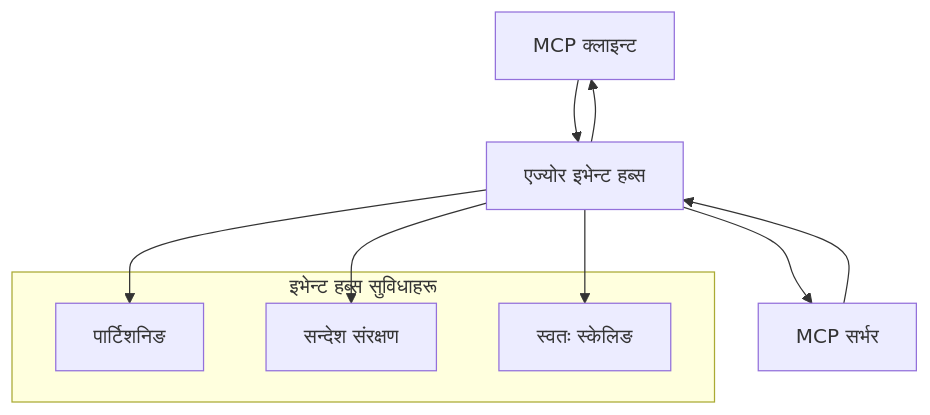
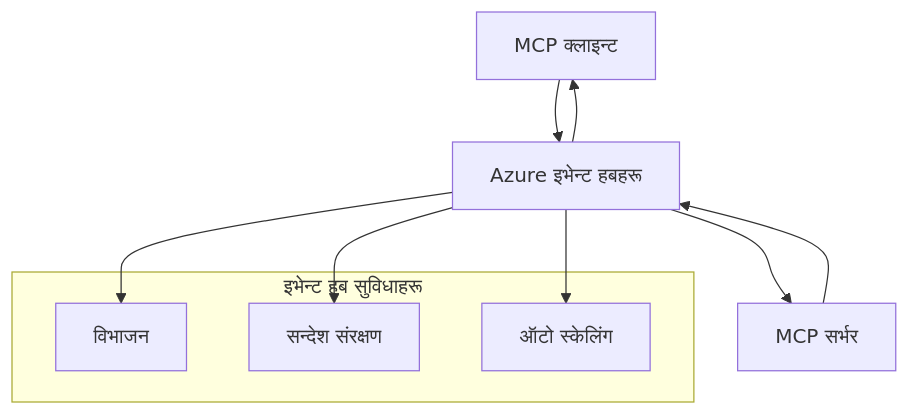
Before and after one commit to HIDORAKAI002/ai-workspace-archive: the second of 2 diagrams in mcp_ecosystem__model_context_protocol/mcp_learning_resources/mcp-for-beginners/translations/ne/05-AdvancedTopics/mcp-transport/README.md, drawn with Mermaid. The commit also changed other lines of this file and 1046 other files, not shown here.

````diff
--- a/mcp_ecosystem__model_context_protocol/mcp_learning_resources/mcp-for-beginners/translations/ne/05-AdvancedTopics/mcp-transport/README.md
+++ b/mcp_ecosystem__model_context_protocol/mcp_learning_resources/mcp-for-beginners/translations/ne/05-AdvancedTopics/mcp-transport/README.md
@@ -270,17 +272,17 @@
 ```mermaid
 graph TB
-    Client[MCP क्लाइन्ट] --> EH[एज्योर इभेन्ट हब्स]
+    Client[MCP क्लाइन्ट] --> EH[Azure इभेन्ट हबहरू]
     EH --> Server[MCP सर्भर]
     Server --> EH
     EH --> Client
     
-    subgraph "इभेन्ट हब्स सुविधाहरू"
-        Partition[पार्टिशनिङ]
+    subgraph "इभेन्ट हब सुविधाहरू"
+        Partition[विभाजन]
         Retention[सन्देश संरक्षण]
-        Scaling[स्वतः स्केलिङ]
+        Scaling[ऑटो स्केलिंग]
     end
     
     EH --> Partition
     EH --> Retention
     EH --> Scaling
 ```
````
